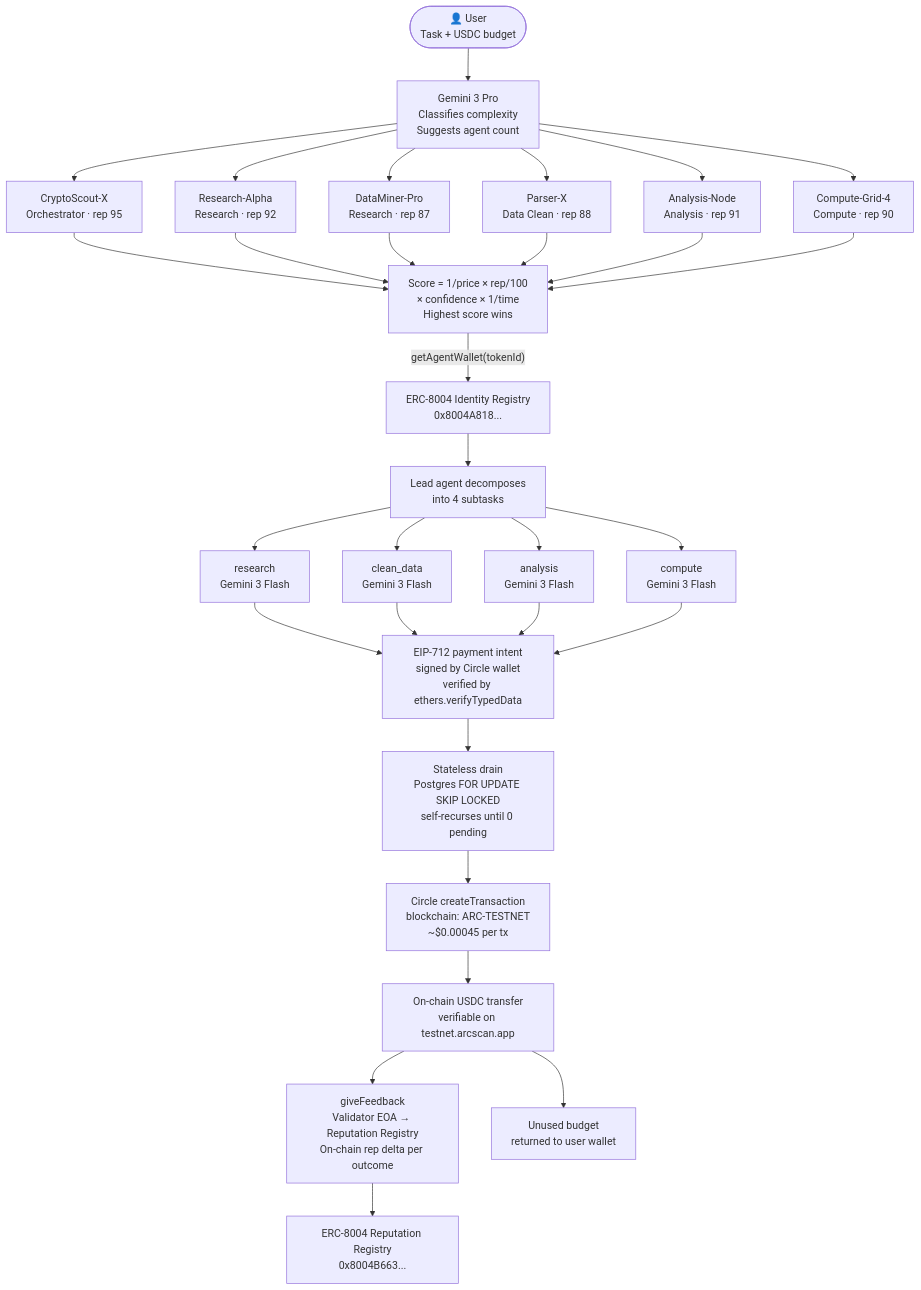
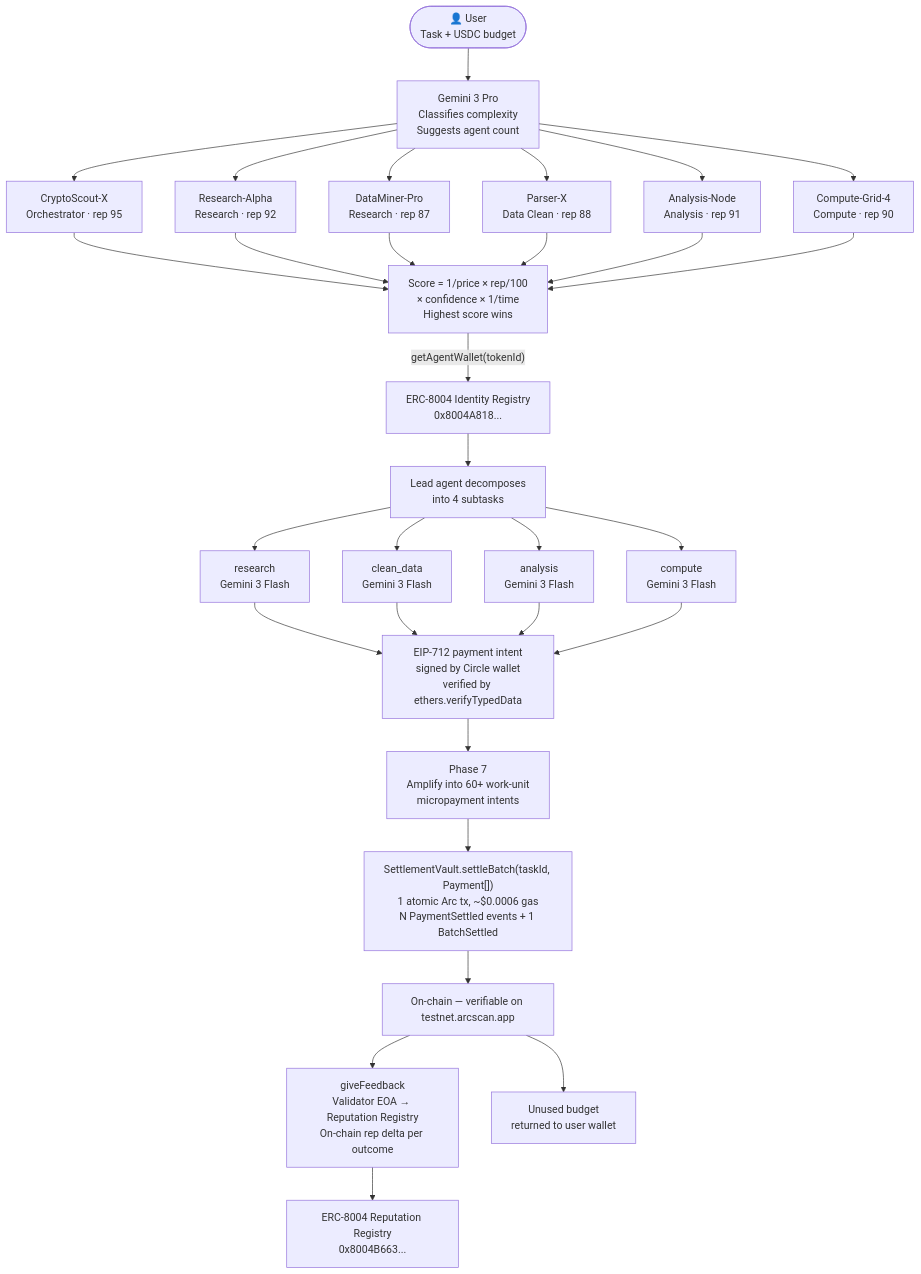
The diagram in README.md (winsznx/SwarmPay), drawn with Mermaid before and after one commit. The commit also changed other lines of this file and 25 other files, not shown here.

````diff
--- a/README.md
+++ b/README.md
@@ -36,33 +36,33 @@
 ```mermaid
 flowchart TD
     U(["👤 User\nTask + USDC budget"]) --> AP
 
     AP["Gemini 3 Pro\nClassifies complexity\nSuggests agent count"]
 
     AP --> B1["CryptoScout-X\nOrchestrator · rep 95"]
     AP --> B2["Research-Alpha\nResearch · rep 92"]
     AP --> B3["DataMiner-Pro\nResearch · rep 87"]
     AP --> B4["Parser-X\nData Clean · rep 88"]
     AP --> B5["Analysis-Node\nAnalysis · rep 91"]
     AP --> B6["Compute-Grid-4\nCompute · rep 90"]
 
     B1 & B2 & B3 & B4 & B5 & B6 --> SCORE["Score = 1/price × rep/100\n× confidence × 1/time\nHighest score wins"]
 
     SCORE -->|"getAgentWallet(tokenId)"| ID["ERC-8004 Identity Registry\n0x8004A818..."]
 
     ID --> DECOMP["Lead agent decomposes\ninto 4 subtasks"]
     DECOMP --> PA["research\nGemini 3 Flash"]
     DECOMP --> PB["clean_data\nGemini 3 Flash"]
     DECOMP --> PC["analysis\nGemini 3 Flash"]
     DECOMP --> PD["compute\nGemini 3 Flash"]
 
     PA & PB & PC & PD --> INTENT["EIP-712 payment intent\nsigned by Circle wallet\nverified by ethers.verifyTypedData"]
-    INTENT --> DRAIN["Stateless drain\nPostgres FOR UPDATE SKIP LOCKED\nself-recurses until 0 pending"]
+    INTENT --> AMPLIFY["Phase 7\nAmplify into 60+ work-unit\nmicropayment intents"]
 
-    DRAIN --> TX["Circle createTransaction\nblockchain: ARC-TESTNET\n~$0.00045 per tx"]
-    TX --> ARCSCAN["On-chain USDC transfer\nverifiable on testnet.arcscan.app"]
+    AMPLIFY --> BATCH["SettlementVault.settleBatch(taskId, Payment[])\n1 atomic Arc tx, ~$0.0006 gas\nN PaymentSettled events + 1 BatchSettled"]
+    BATCH --> ARCSCAN["On-chain — verifiable on testnet.arcscan.app"]
 
     ARCSCAN --> FEEDBACK["giveFeedback\nValidator EOA → Reputation Registry\nOn-chain rep delta per outcome"]
     FEEDBACK --> REP_REG["ERC-8004 Reputation Registry\n0x8004B663..."]
     ARCSCAN --> REFUND["Unused budget\nreturned to user wallet"]
 ```
````
